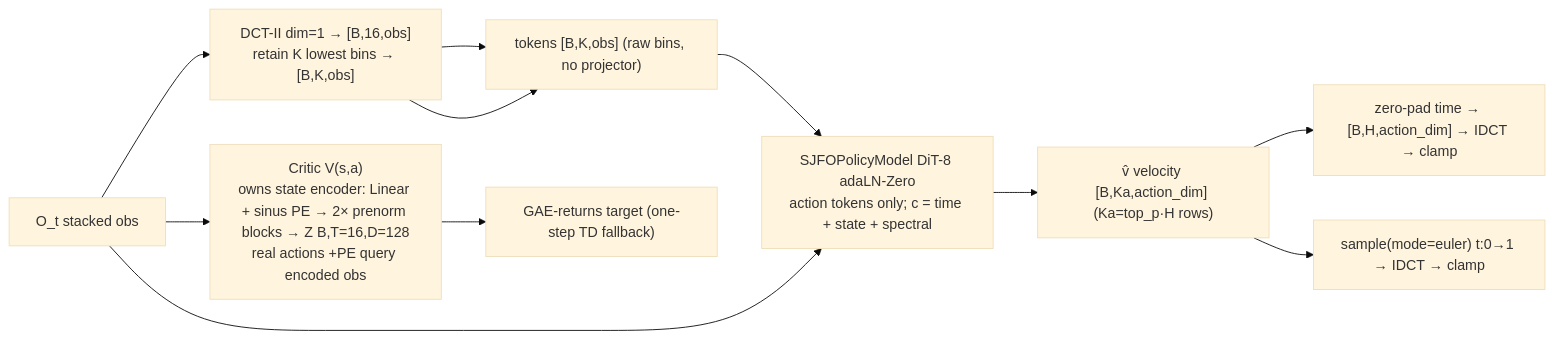
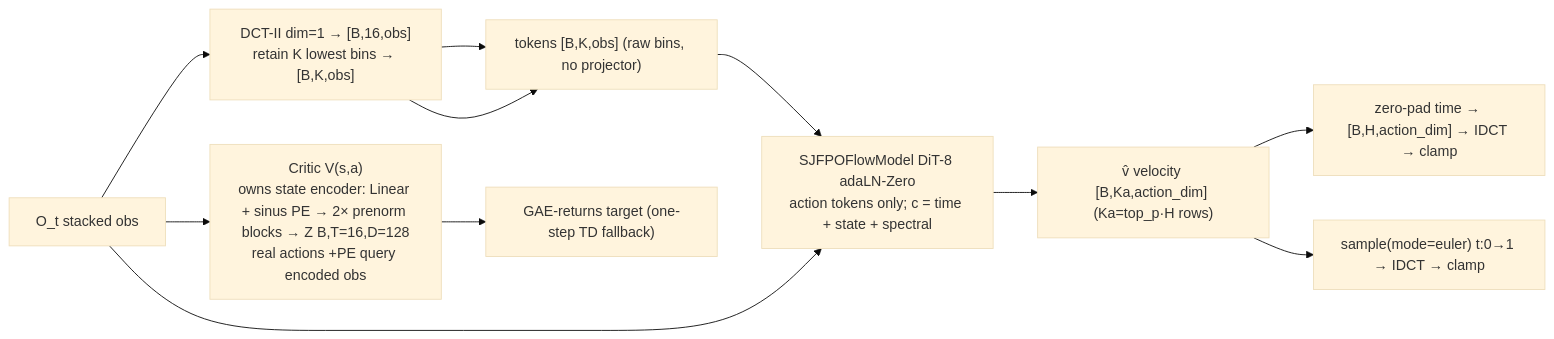
The diagram in docs/architecture.md (dzungphieuluuky/flow-policy-optimization), drawn with Mermaid (base theme) before and after one commit. The commit also changed other lines of this file and 9 other files, not shown here.

Commit message:
docs: sync docs/config with committed SJFPOFlowModel, vector rollout, fp32 defaults

````diff
--- a/docs/architecture.md
+++ b/docs/architecture.md
@@ -14,13 +14,13 @@
 ```mermaid
 flowchart LR
   O[O_t stacked obs] --> DCT["DCT-II dim=1 → [B,16,obs]\nretain K lowest bins → [B,K,obs]"]
   DCT --> TOK["tokens [B,K,obs] (raw bins, no projector)"]
   DCT --> TOK["tokens [B,K,obs] (raw bins, no projector)"]
-  TOK --> DIT["SJFOPolicyModel DiT-8 adaLN-Zero\naction tokens only; c = time + state + spectral"]
+  TOK --> DIT["SJFPOFlowModel DiT-8 adaLN-Zero\naction tokens only; c = time + state + spectral"]
   O --> DIT
   DIT --> V["v̂ velocity [B,Ka,action_dim] (Ka=top_p·H rows)"]
   V --> PAD["zero-pad time → [B,H,action_dim] → IDCT → clamp"]
   V --> EUL["sample(mode=euler) t:0→1 → IDCT → clamp"]
   O --> CR["Critic V(s,a)\nowns state encoder: Linear + sinus PE → 2× prenorm blocks → Z B,T=16,D=128\nreal actions +PE query encoded obs"]
   CR --> TD["GAE-returns target (one-step TD fallback)"]
 ```
````
